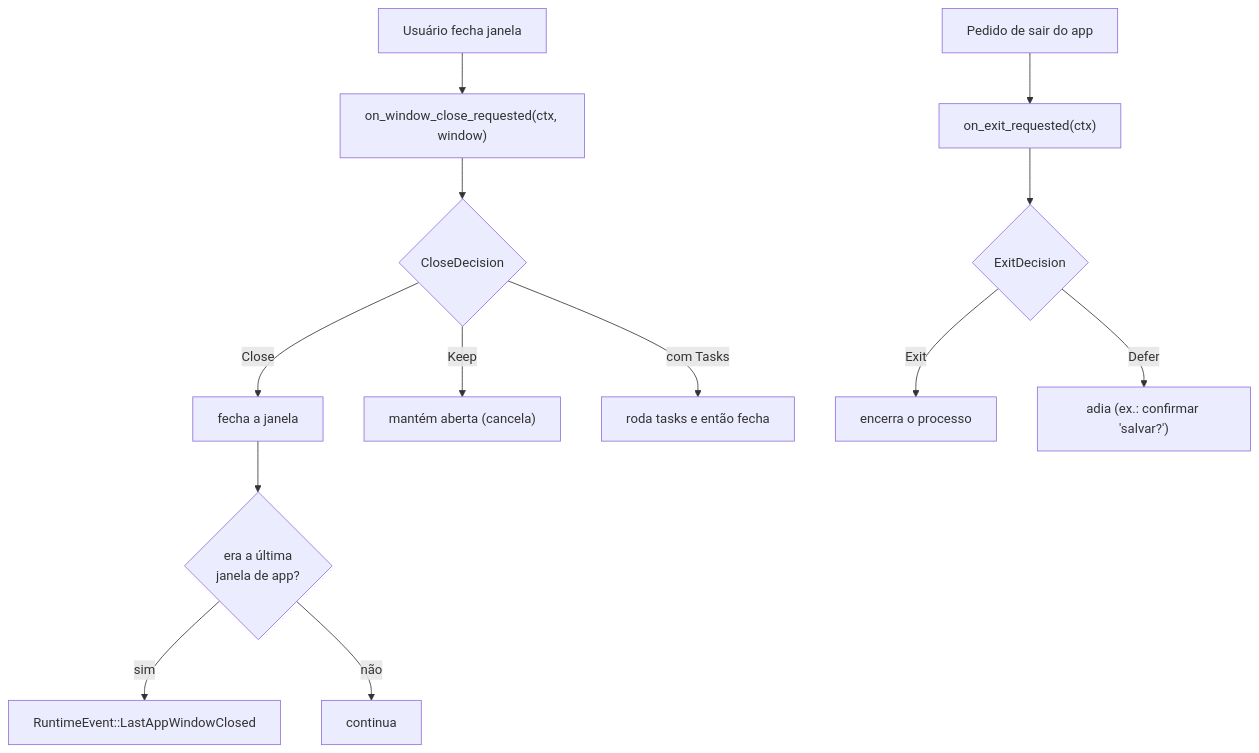
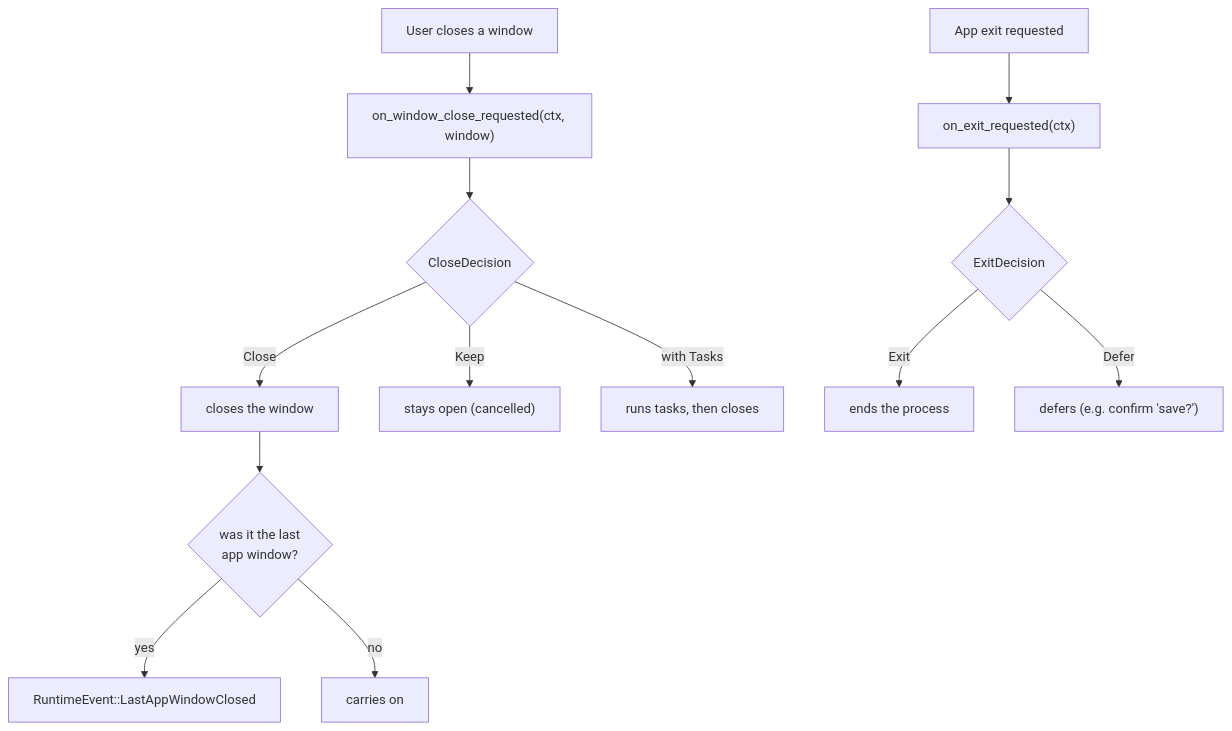
The third of 8 diagrams in docs/architecture/runtime-flows.md (JirlanSouza/nive), drawn with Mermaid before and after one commit. The commit also changed other lines of this file and 15 other files, not shown here.

````diff
--- a/docs/architecture/runtime-flows.md
+++ b/docs/architecture/runtime-flows.md
@@ -80,16 +81,16 @@
 ```mermaid
 flowchart TD
-    closeReq["Usuário fecha janela"] --> onClose["on_window_close_requested(ctx, window)"]
+    closeReq["User closes a window"] --> onClose["on_window_close_requested(ctx, window)"]
     onClose --> decision{CloseDecision}
-    decision -->|Close| doClose["fecha a janela"]
-    decision -->|Keep| keep["mantém aberta (cancela)"]
-    decision -->|com Tasks| tasks["roda tasks e então fecha"]
-    doClose --> last{era a última<br/>janela de app?}
-    last -->|sim| lastEvt["RuntimeEvent::LastAppWindowClosed"]
-    last -->|não| idle["continua"]
+    decision -->|Close| doClose["closes the window"]
+    decision -->|Keep| keep["stays open (cancelled)"]
+    decision -->|with Tasks| tasks["runs tasks, then closes"]
+    doClose --> last{was it the last<br/>app window?}
+    last -->|yes| lastEvt["RuntimeEvent::LastAppWindowClosed"]
+    last -->|no| idle["carries on"]
 
-    exitReq["Pedido de sair do app"] --> onExit["on_exit_requested(ctx)"]
+    exitReq["App exit requested"] --> onExit["on_exit_requested(ctx)"]
     onExit --> exitDec{ExitDecision}
-    exitDec -->|Exit| quit["encerra o processo"]
-    exitDec -->|Defer| defer["adia (ex.: confirmar 'salvar?')"]
+    exitDec -->|Exit| quit["ends the process"]
+    exitDec -->|Defer| defer["defers (e.g. confirm 'save?')"]
 ```
````
